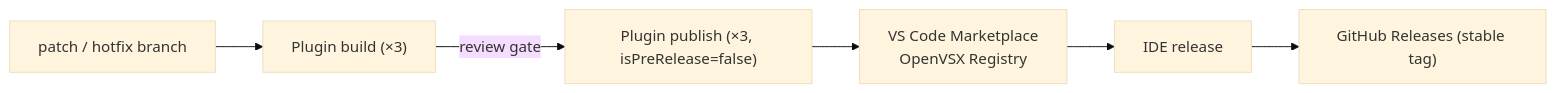
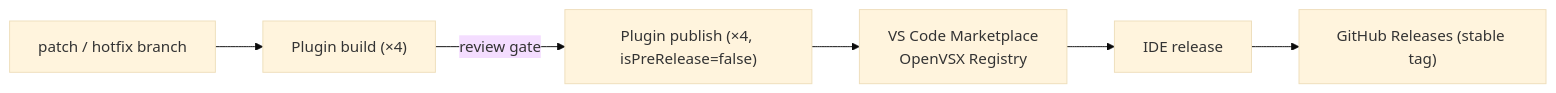
One commit to NipunaRanasinghe/wso2i-process-guides changed the fifth of 5 diagrams in docs/cicd-pipelines.md. Above: the diagram before and after it, drawn with Mermaid (base theme). The commit also changed other lines of this file, not shown here.

Commit message:
clarify IDE build process and include WSO2 Integrator extension in release workflows

````diff
--- a/docs/cicd-pipelines.md
+++ b/docs/cicd-pipelines.md
@@ -79,7 +79,7 @@
 ```mermaid
 graph LR
-    M["patch / hotfix branch"] --> PB["Plugin build (×3)"]
-    PB -->|review gate| PP["Plugin publish (×3, isPreRelease=false)"]
+    M["patch / hotfix branch"] --> PB["Plugin build (×4)"]
+    PB -->|review gate| PP["Plugin publish (×4, isPreRelease=false)"]
     PP --> MK["VS Code Marketplace<br>OpenVSX Registry"]
     MK --> BA["IDE release"] --> GR["GitHub Releases (stable tag)"]
 ```
````
